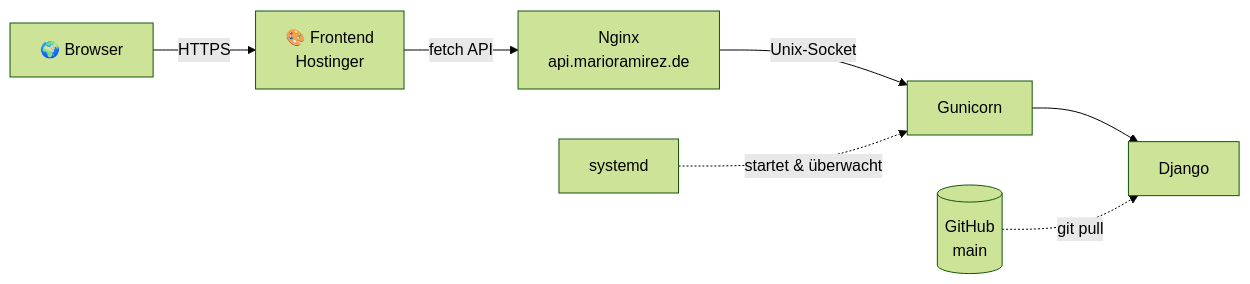
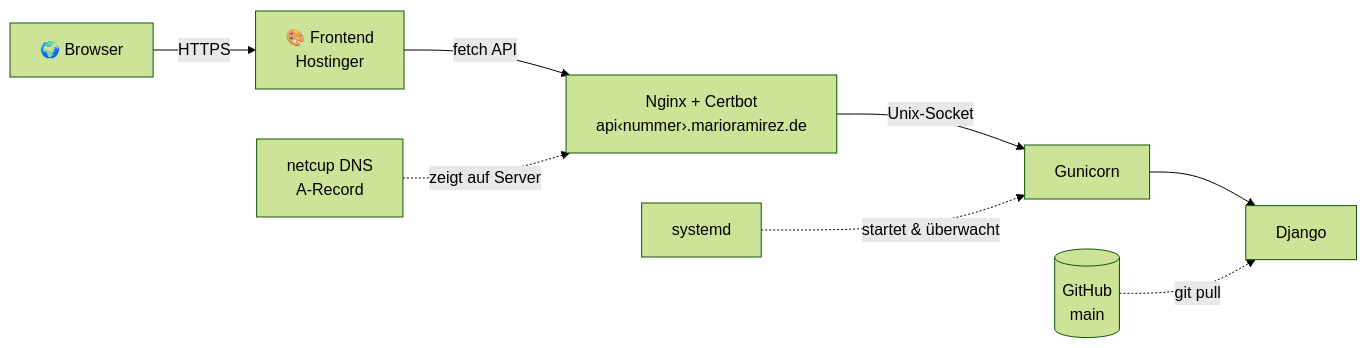
One commit to marioramirez90/hostinger-server-cheatsheet changed the diagram in README.md. Above: the diagram before and after it, drawn with Mermaid (forest theme). The commit also changed other lines of this file, not shown here.

````diff
--- a/README.md
+++ b/README.md
@@ -32,9 +32,10 @@
 ```mermaid
 flowchart LR
     U[🌍 Browser] -->|HTTPS| FE[🎨 Frontend<br/>Hostinger]
-    FE -->|fetch API| NG[Nginx<br/>api.marioramirez.de]
+    FE -->|fetch API| NG[Nginx + Certbot<br/>api‹nummer›.marioramirez.de]
     NG -->|Unix-Socket| GU[Gunicorn]
     GU --> DJ[Django]
     GH[(GitHub<br/>main)] -.->|git pull| DJ
     SD[systemd] -.->|startet & überwacht| GU
+    DNS[netcup DNS<br/>A-Record] -.->|zeigt auf Server| NG
 ```
````
